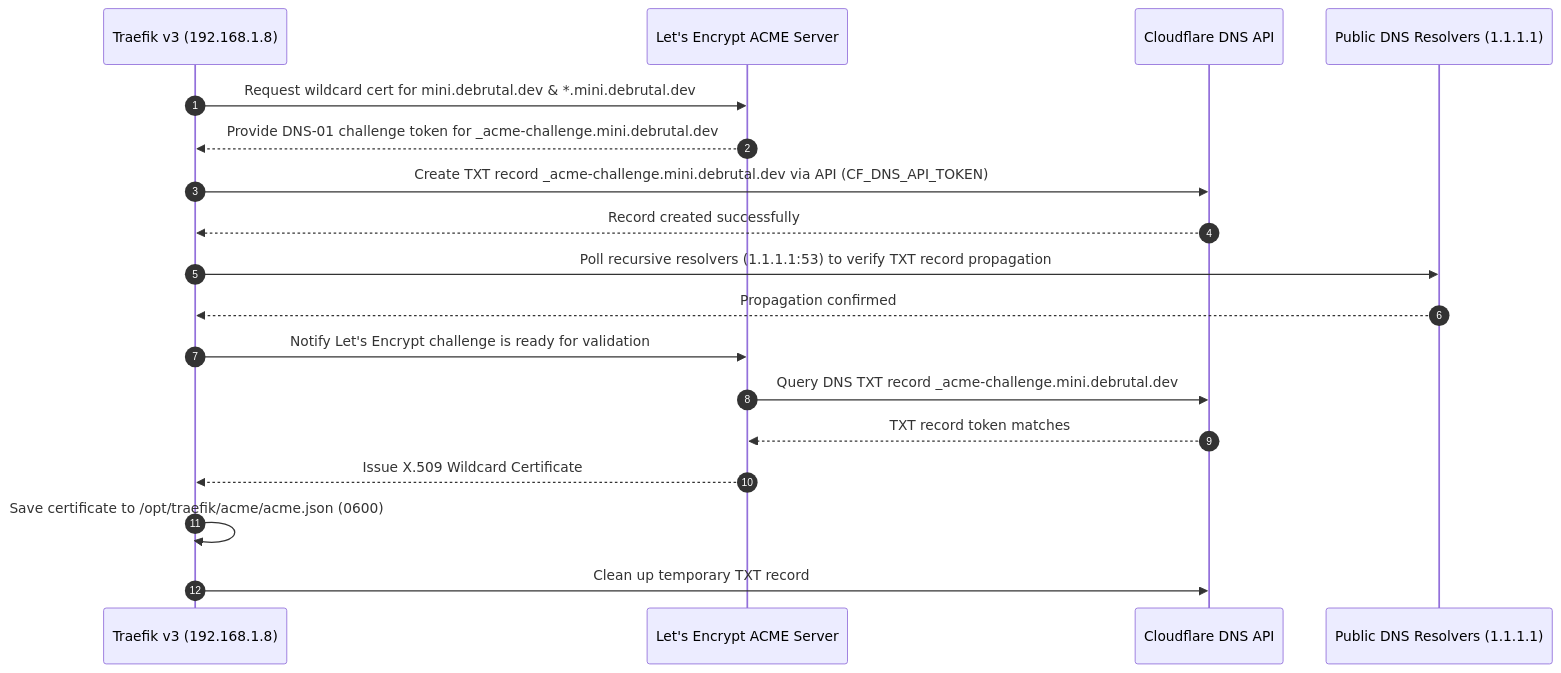
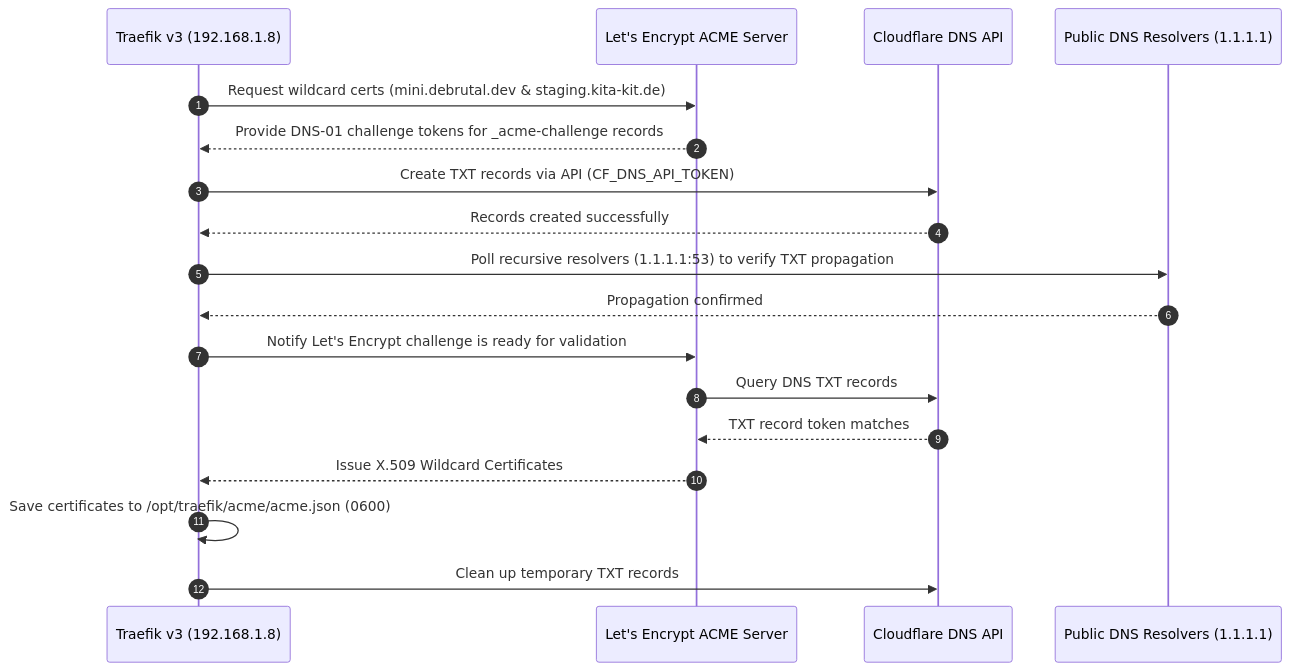
One commit to debrutal/infra changed the diagram in docs_book/src/04_traefik_acme_dns.md. Above: the diagram before and after it, drawn with Mermaid. The commit also changed other lines of this file and 51 other files, not shown here.

Commit message:
add kita-kit cert and more improvements

````diff
--- a/docs_book/src/04_traefik_acme_dns.md
+++ b/docs_book/src/04_traefik_acme_dns.md
@@ -11,21 +13,21 @@
 ```mermaid
 sequenceDiagram
     autonumber
     participant Traefik as Traefik v3 (192.168.1.8)
     participant LE as Let's Encrypt ACME Server
     participant CF as Cloudflare DNS API
     participant DNS as Public DNS Resolvers (1.1.1.1)
 
-    Traefik->>LE: Request wildcard cert for mini.debrutal.dev & *.mini.debrutal.dev
-    LE-->>Traefik: Provide DNS-01 challenge token for _acme-challenge.mini.debrutal.dev
-    Traefik->>CF: Create TXT record _acme-challenge.mini.debrutal.dev via API (CF_DNS_API_TOKEN)
-    CF-->>Traefik: Record created successfully
-    Traefik->>DNS: Poll recursive resolvers (1.1.1.1:53) to verify TXT record propagation
+    Traefik->>LE: Request wildcard certs (mini.debrutal.dev & staging.kita-kit.de)
+    LE-->>Traefik: Provide DNS-01 challenge tokens for _acme-challenge records
+    Traefik->>CF: Create TXT records via API (CF_DNS_API_TOKEN)
+    CF-->>Traefik: Records created successfully
+    Traefik->>DNS: Poll recursive resolvers (1.1.1.1:53) to verify TXT propagation
     DNS-->>Traefik: Propagation confirmed
     Traefik->>LE: Notify Let's Encrypt challenge is ready for validation
-    LE->>CF: Query DNS TXT record _acme-challenge.mini.debrutal.dev
+    LE->>CF: Query DNS TXT records
     CF-->>LE: TXT record token matches
-    LE-->>Traefik: Issue X.509 Wildcard Certificate
-    Traefik->>Traefik: Save certificate to /opt/traefik/acme/acme.json (0600)
-    Traefik->>CF: Clean up temporary TXT record
+    LE-->>Traefik: Issue X.509 Wildcard Certificates
+    Traefik->>Traefik: Save certificates to /opt/traefik/acme/acme.json (0600)
+    Traefik->>CF: Clean up temporary TXT records
 ```
````
